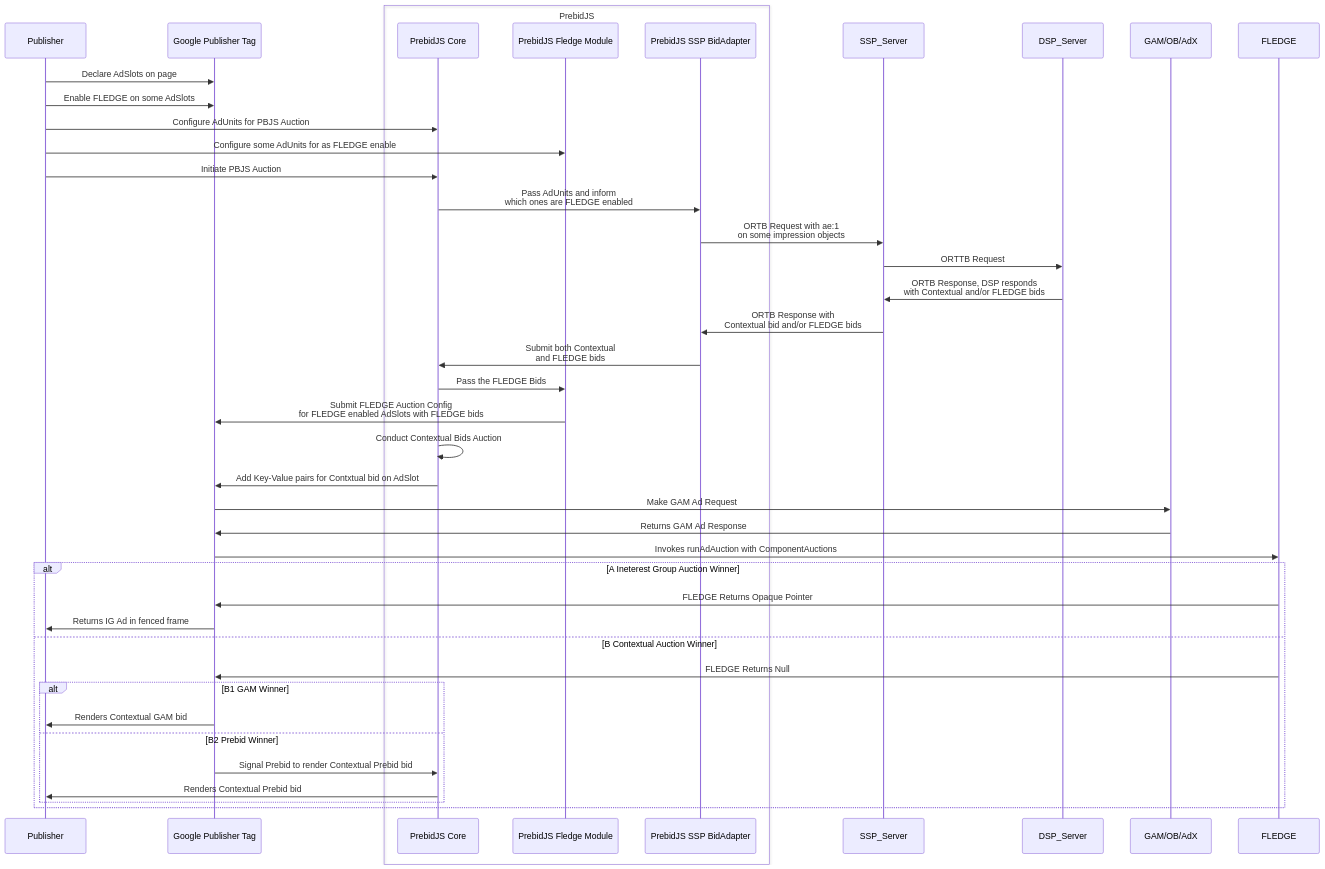
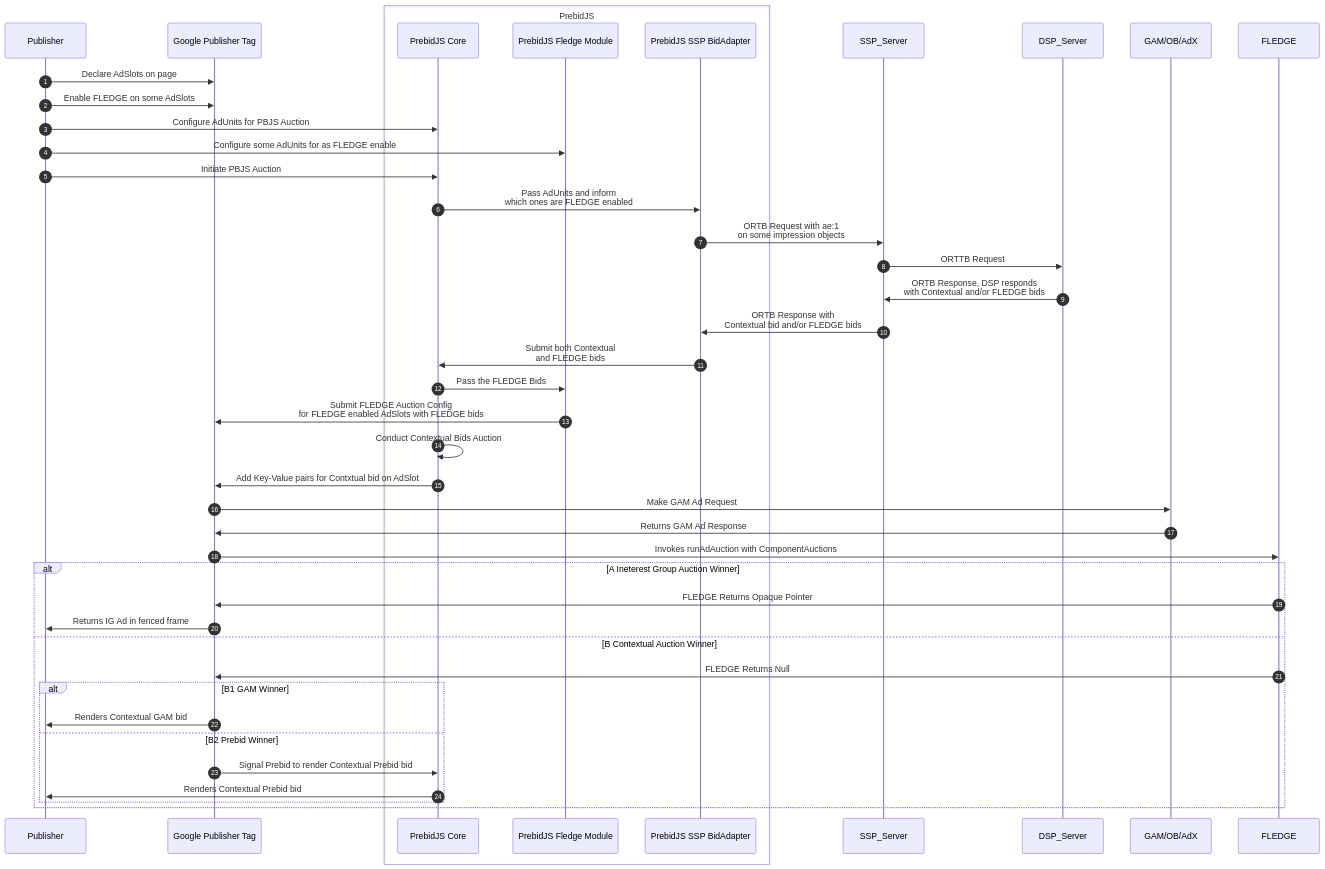
Before and after one commit to pm-harshad-mane/Diagrams: the diagram in FLEDGE.md, drawn with Mermaid.

````diff
--- a/FLEDGE.md
+++ b/FLEDGE.md
@@ -3,45 +3,46 @@
 ```mermaid
 sequenceDiagram
+    autonumber
     participant Pub as Publisher
     participant GPT as Google Publisher Tag
     box PrebidJS
     participant PBJS as PrebidJS Core
     participant PBJS_FLEDGE as PrebidJS Fledge Module
     participant SSP_PBJS as PrebidJS SSP BidAdapter
     end
     participant SSP_Server
     participant DSP_Server
     participant GAM as GAM/OB/AdX
     Participant FLEDGE
 
     Pub->>GPT: Declare AdSlots on page
     Pub->>GPT: Enable FLEDGE on some AdSlots
     Pub->>PBJS: Configure AdUnits for PBJS Auction
     Pub->>PBJS_FLEDGE: Configure some AdUnits for as FLEDGE enable
     Pub->>PBJS: Initiate PBJS Auction
     PBJS->>SSP_PBJS: Pass AdUnits and inform <br/> which ones are FLEDGE enabled
     SSP_PBJS->>SSP_Server: ORTB Request with ae:1 <br/>  on some impression objects
     SSP_Server->>DSP_Server: ORTTB Request
     DSP_Server->>SSP_Server: ORTB Response, DSP responds <br/> with Contextual and/or FLEDGE bids
     SSP_Server->>SSP_PBJS: ORTB Response with <br/> Contextual bid and/or FLEDGE bids
     SSP_PBJS->>PBJS: Submit both Contextual <br/> and FLEDGE bids
     PBJS->>PBJS_FLEDGE: Pass the FLEDGE Bids
     PBJS_FLEDGE->>GPT: Submit FLEDGE Auction Config <br/> for FLEDGE enabled AdSlots with FLEDGE bids
     PBJS->>PBJS: Conduct Contextual Bids Auction
     PBJS->>GPT: Add Key-Value pairs for Contxtual bid on AdSlot
     GPT->>GAM: Make GAM Ad Request
     GAM->>GPT: Returns GAM Ad Response
     GPT->>FLEDGE: Invokes runAdAuction with ComponentAuctions
     alt A Ineterest Group Auction Winner
         FLEDGE->>GPT: FLEDGE Returns Opaque Pointer
         GPT->>Pub: Returns IG Ad in fenced frame
     else B Contextual Auction Winner    
         FLEDGE->>GPT: FLEDGE Returns Null
         alt B1 GAM Winner
             GPT->>Pub: Renders Contextual GAM bid
         else B2 Prebid Winner    
             GPT->>PBJS: Signal Prebid to render Contextual Prebid bid
             PBJS->>Pub: Renders Contextual Prebid bid
         end    
     end    
 ```
````
